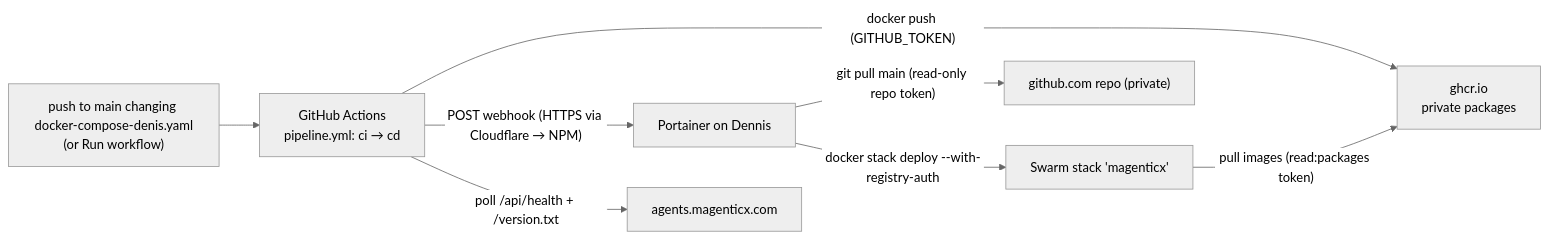
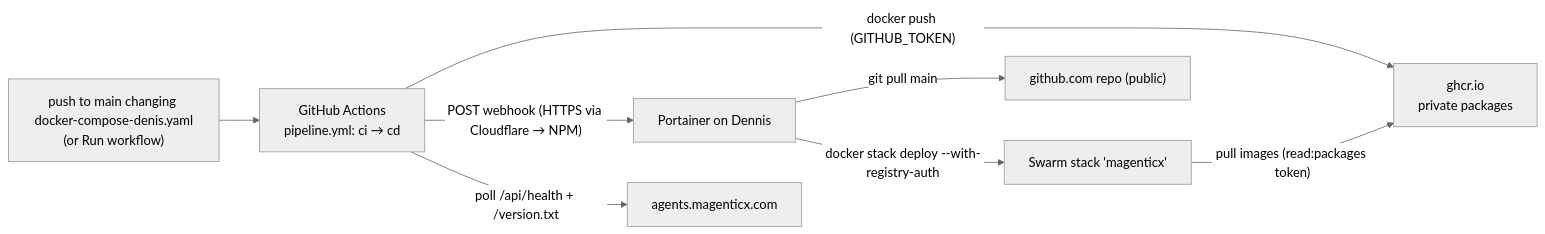
The first of 2 diagrams in docs/architecture/deployment.md (konstantinosmpouros/mAgenticX), drawn with Mermaid (neutral theme) before and after one commit. The commit also changed other lines of this file and 26 other files, not shown here.

````diff
--- a/docs/architecture/deployment.md
+++ b/docs/architecture/deployment.md
@@ -9,10 +9,10 @@
 ```mermaid
 flowchart LR
     You["push to main changing docker-compose-denis.yaml<br/>(or Run workflow)"] --> GHA["GitHub Actions<br/>pipeline.yml: ci → cd"]
     GHA -->|"docker push (GITHUB_TOKEN)"| GHCR["ghcr.io<br/>private packages"]
     GHA -->|"POST webhook (HTTPS via Cloudflare → NPM)"| Portainer["Portainer on Dennis"]
-    Portainer -->|"git pull main (read-only repo token)"| GitHub["github.com repo (private)"]
+    Portainer -->|"git pull main"| GitHub["github.com repo (public)"]
     Portainer -->|"docker stack deploy --with-registry-auth"| Swarm["Swarm stack 'magenticx'"]
     Swarm -->|"pull images (read:packages token)"| GHCR
     GHA -->|"poll /api/health + /version.txt"| Site["agents.magenticx.com"]
 ```
````
